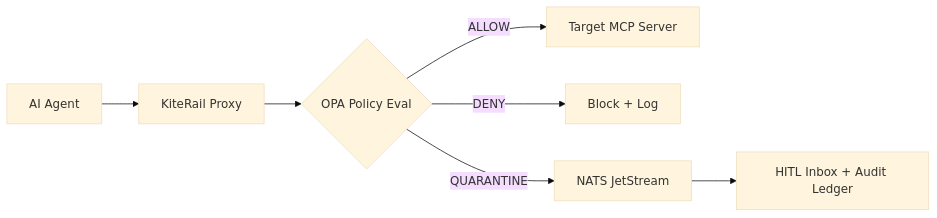
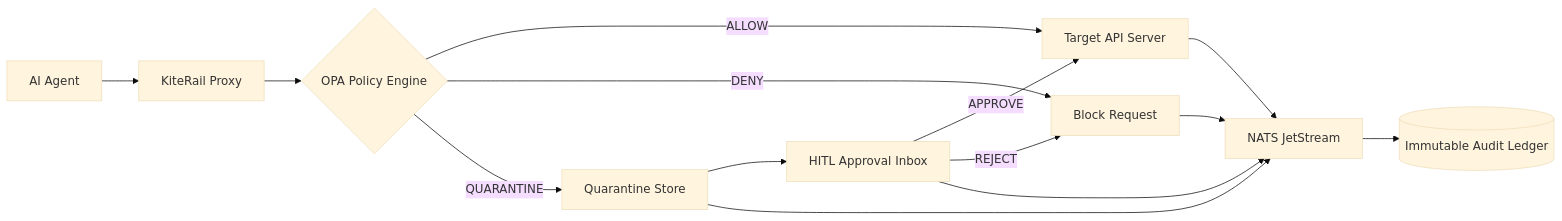
The diagram in README.md (austinchima/KiteRail), drawn with Mermaid (base theme) before and after one commit. The commit also changed other lines of this file and 13 other files, not shown here.

First line of the commit message:
feat(backend): add ledger REST API, bearer auth, OPA policies & HITL audit logging

````diff
--- a/README.md
+++ b/README.md
@@ -13,9 +15,16 @@
 ```mermaid
 flowchart LR
     A[AI Agent] --> B[KiteRail Proxy]
-    B --> C{OPA Policy Eval}
-    C -->|ALLOW| D[Target MCP Server]
-    C -->|DENY| E[Block + Log]
-    C -->|QUARANTINE| F[NATS JetStream]
-    F --> G[HITL Inbox + Audit Ledger]
+    B --> C{OPA Policy Engine}
+    
+    C -->|ALLOW| D[Target API Server]
+    C -->|DENY| E[Block Request]
+    C -->|QUARANTINE| F[Quarantine Store]
+    
+    F --> I[HITL Approval Inbox]
+    I -->|APPROVE| D
+    I -->|REJECT| E
+    
+    D & E & F & I --> G[NATS JetStream]
+    G --> H[(Immutable Audit Ledger)]
 ```
````
